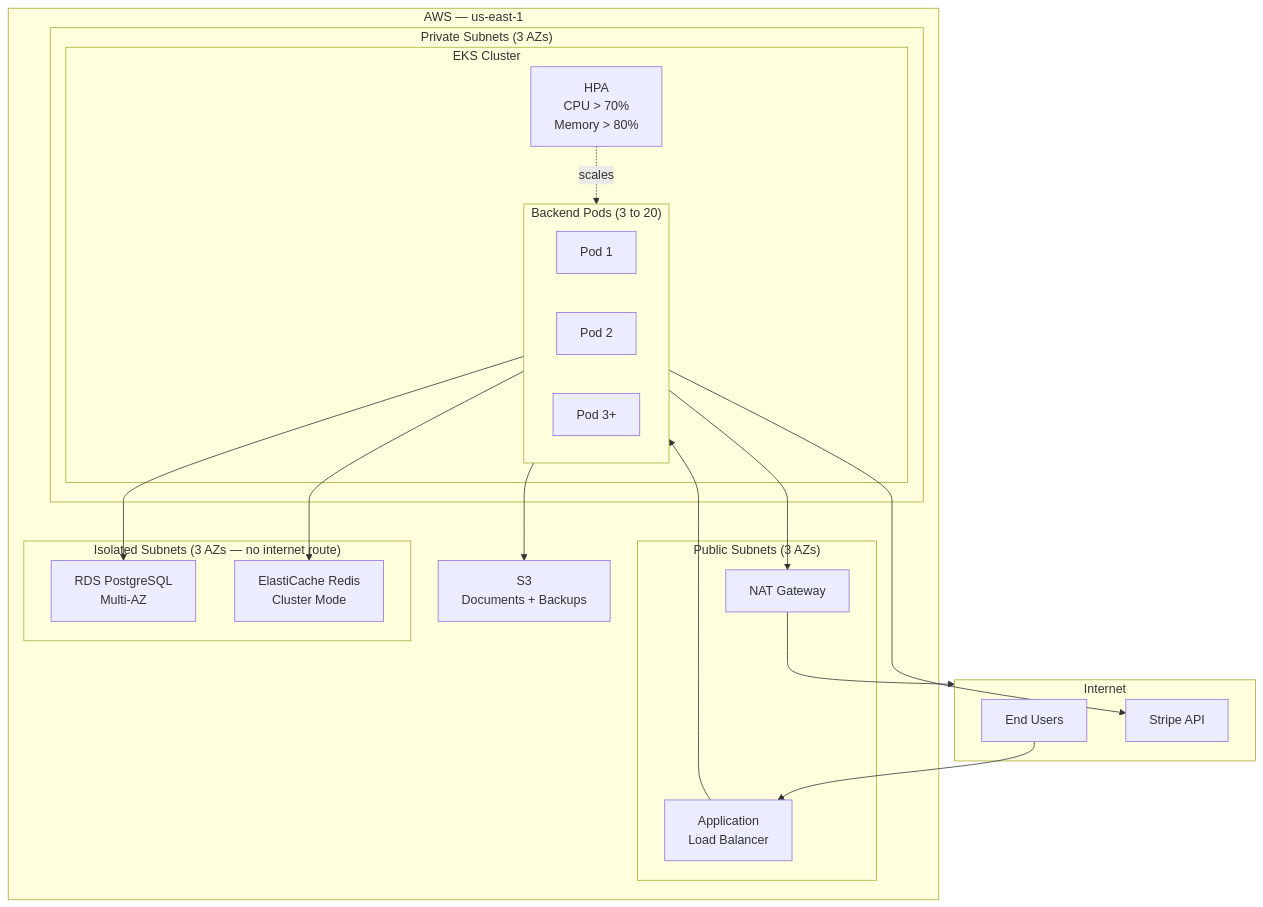
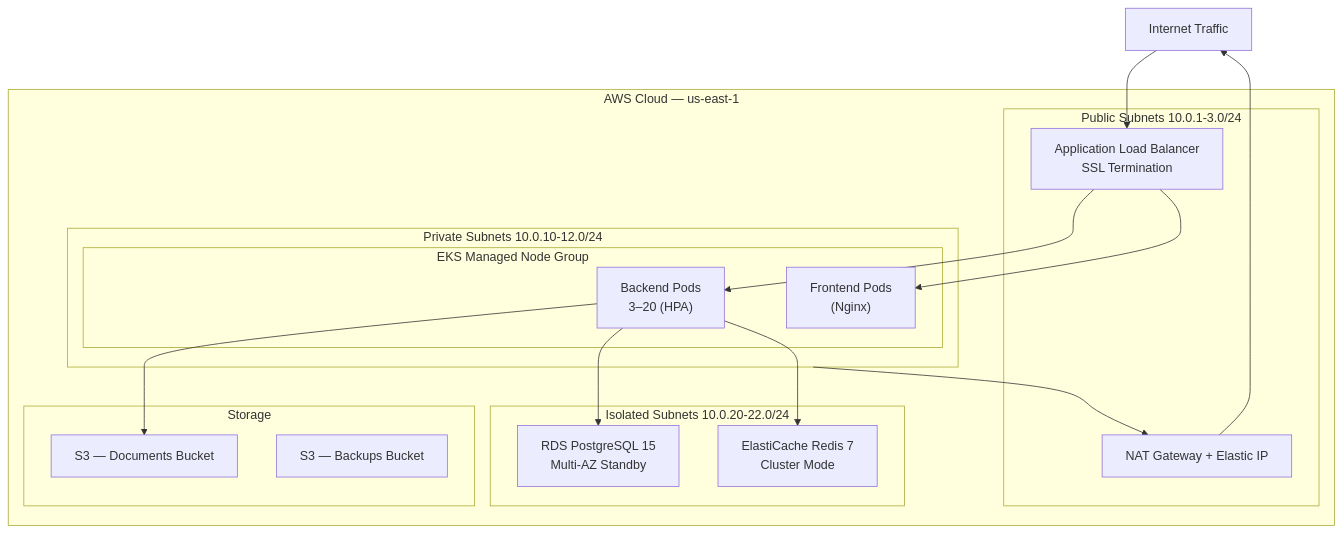
The seventh of 8 diagrams in Project 1/README.md (Skillfyme-R/DevOps-Capstone-Projects), drawn with Mermaid before and after one commit. The commit also changed other lines of this file, not shown here.

````diff
--- a/Project 1/README.md
+++ b/Project 1/README.md
@@ -730,42 +948,33 @@
 ```mermaid
 flowchart TB
-    subgraph Internet
-        Users["End Users"]
-        Stripe["Stripe API"]
-    end
+    Internet["Internet Traffic"]
 
-    subgraph AWS["AWS — us-east-1"]
-        subgraph Public["Public Subnets (3 AZs)"]
-            ALB["Application\nLoad Balancer"]
-            NAT["NAT Gateway"]
+    subgraph AWS["AWS Cloud — us-east-1"]
+        subgraph Public["Public Subnets 10.0.1-3.0/24"]
+            ALB["Application Load Balancer\nSSL Termination"]
+            NAT["NAT Gateway + Elastic IP"]
         end
 
-        subgraph Private["Private Subnets (3 AZs)"]
-            subgraph EKS["EKS Cluster"]
-                subgraph Pods["Backend Pods (3 to 20)"]
-                    P1["Pod 1"]
-                    P2["Pod 2"]
-                    P3["Pod 3+"]
-                end
-                HPA["HPA\nCPU > 70%\nMemory > 80%"]
+        subgraph Private["Private Subnets 10.0.10-12.0/24"]
+            subgraph EKS["EKS Managed Node Group"]
+                BE["Backend Pods\n3–20 (HPA)"]
+                FE["Frontend Pods\n(Nginx)"]
             end
         end
 
-        subgraph Isolated["Isolated Subnets (3 AZs — no internet route)"]
-            RDS["RDS PostgreSQL\nMulti-AZ"]
-            EC["ElastiCache Redis\nCluster Mode"]
+        subgraph Isolated["Isolated Subnets 10.0.20-22.0/24"]
+            RDS["RDS PostgreSQL 15\nMulti-AZ Standby"]
+            CACHE["ElastiCache Redis 7\nCluster Mode"]
         end
 
-        S3["S3\nDocuments + Backups"]
+        subgraph Storage["Storage"]
+            S3A["S3 — Documents Bucket"]
+            S3B["S3 — Backups Bucket"]
+        end
     end
 
-    Users --> ALB
-    ALB --> Pods
-    Pods --> RDS
-    Pods --> EC
-    Pods --> Stripe
-    Pods --> S3
-    Pods --> NAT
-    NAT --> Internet
-    HPA -.->|scales| Pods
+    Internet --> ALB
+    ALB --> FE & BE
+    BE --> RDS & CACHE & S3A
+    Private --> NAT --> Internet
 ```
````
